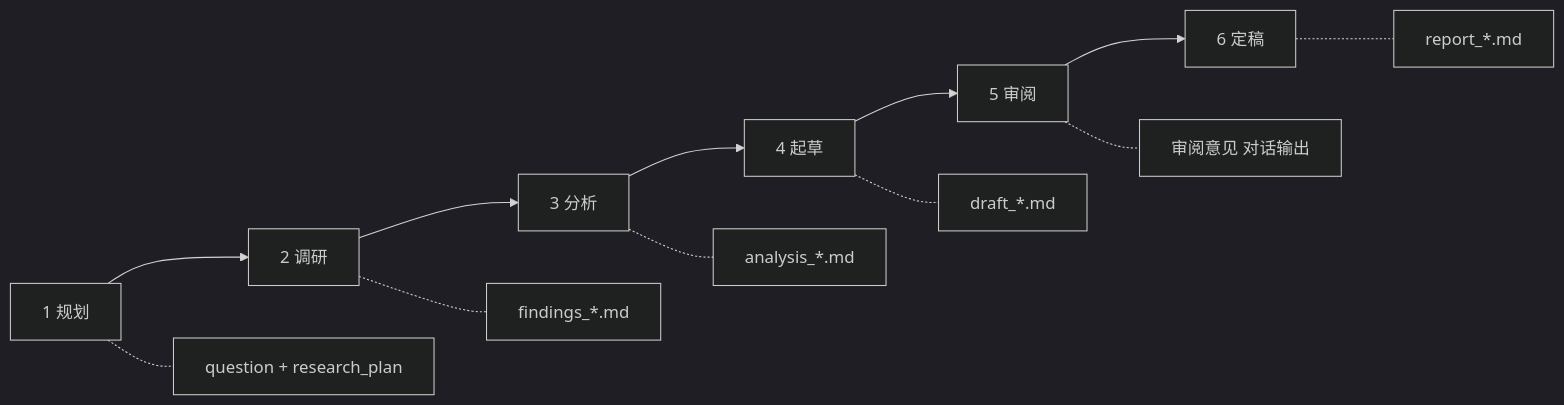
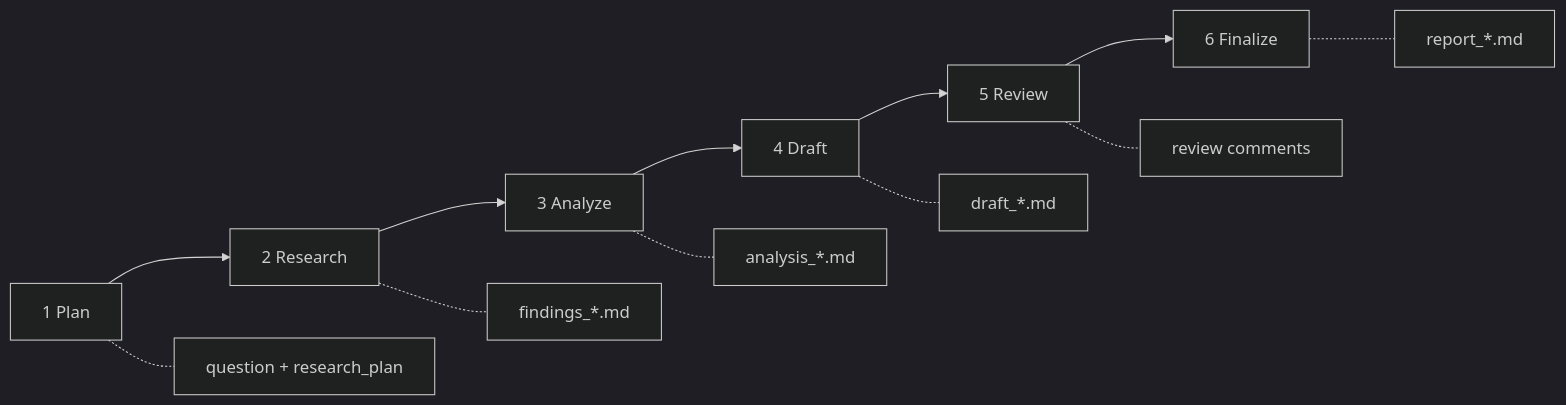
One commit to sunkuangdong/Deep_Research_Assistant changed the third of 3 diagrams in README.md. Above: the diagram before and after it, drawn with Mermaid (dark theme). The commit also changed other lines of this file and 1 other file, not shown here.

````diff
--- a/README.md
+++ b/README.md
@@ -128,15 +126,15 @@
 ```mermaid
 flowchart LR
-    P[1 规划] --> R[2 调研]
-    R --> A[3 分析]
-    A --> D[4 起草]
-    D --> E[5 审阅]
-    E --> F[6 定稿]
+    P[1 Plan] --> R[2 Research]
+    R --> A[3 Analyze]
+    A --> D[4 Draft]
+    D --> E[5 Review]
+    E --> F[6 Finalize]
 
     P -.- Pout[question + research_plan]
     R -.- Rout[findings_*.md]
     A -.- Aout[analysis_*.md]
     D -.- Dout[draft_*.md]
-    E -.- Eout[审阅意见 对话输出]
+    E -.- Eout[review comments]
     F -.- Fout[report_*.md]
 ```
````
